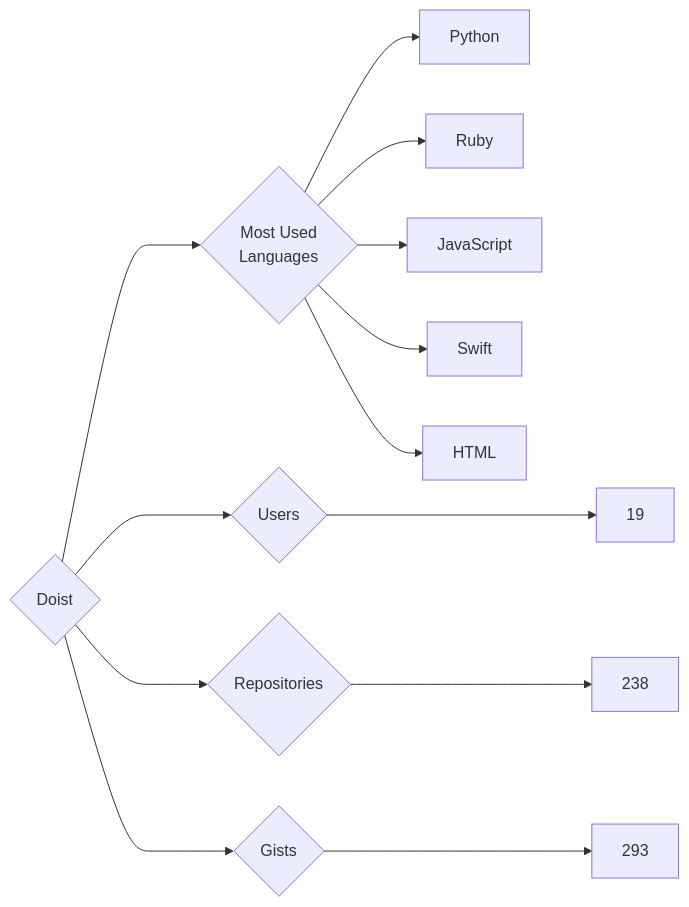
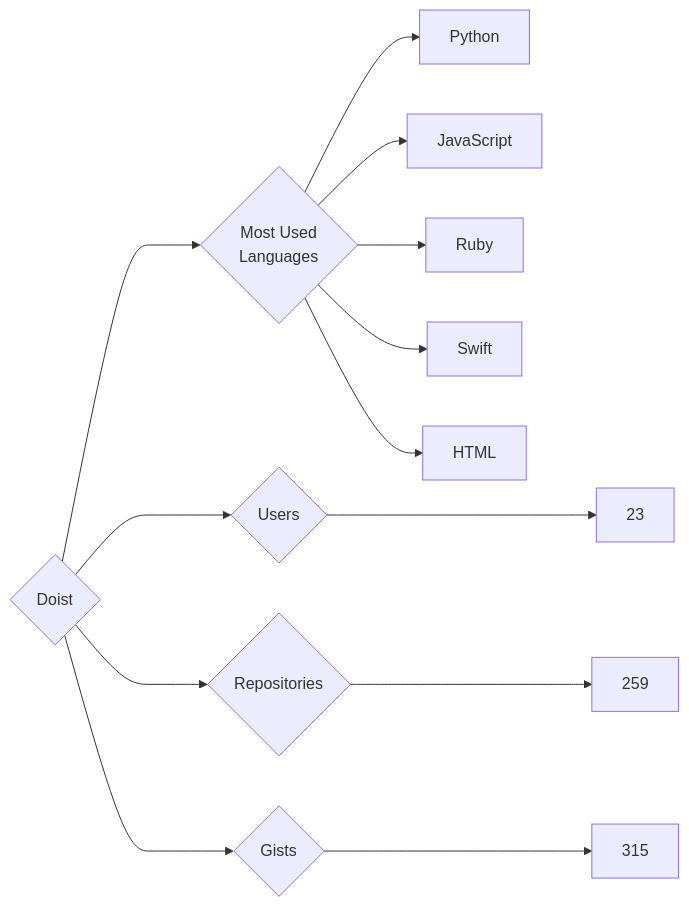
The diagram in targets/Doist/README.md (trickest/insiders), drawn with Mermaid before and after one commit. The commit also changed 772 other files, not shown here.

````diff
--- a/targets/Doist/README.md
+++ b/targets/Doist/README.md
@@ -3,13 +3,13 @@
 ```mermaid
 graph LR
 COMPANY_NAME{Doist}
-COMPANY_NAME ---> U{Users} ---> UN[19]
-COMPANY_NAME ---> R{Repositories} ---> RN[238]
-COMPANY_NAME ---> G{Gists} ---> GN[293]
+COMPANY_NAME ---> U{Users} ---> UN[23]
+COMPANY_NAME ---> R{Repositories} ---> RN[259]
+COMPANY_NAME ---> G{Gists} ---> GN[315]
 COMPANY_NAME ---> ML{Most Used<br>Languages}
 ML --> Python[Python]
+ML --> JavaScript[JavaScript]
 ML --> Ruby[Ruby]
-ML --> JavaScript[JavaScript]
 ML --> Swift[Swift]
 ML --> HTML[HTML]
 ```
````
